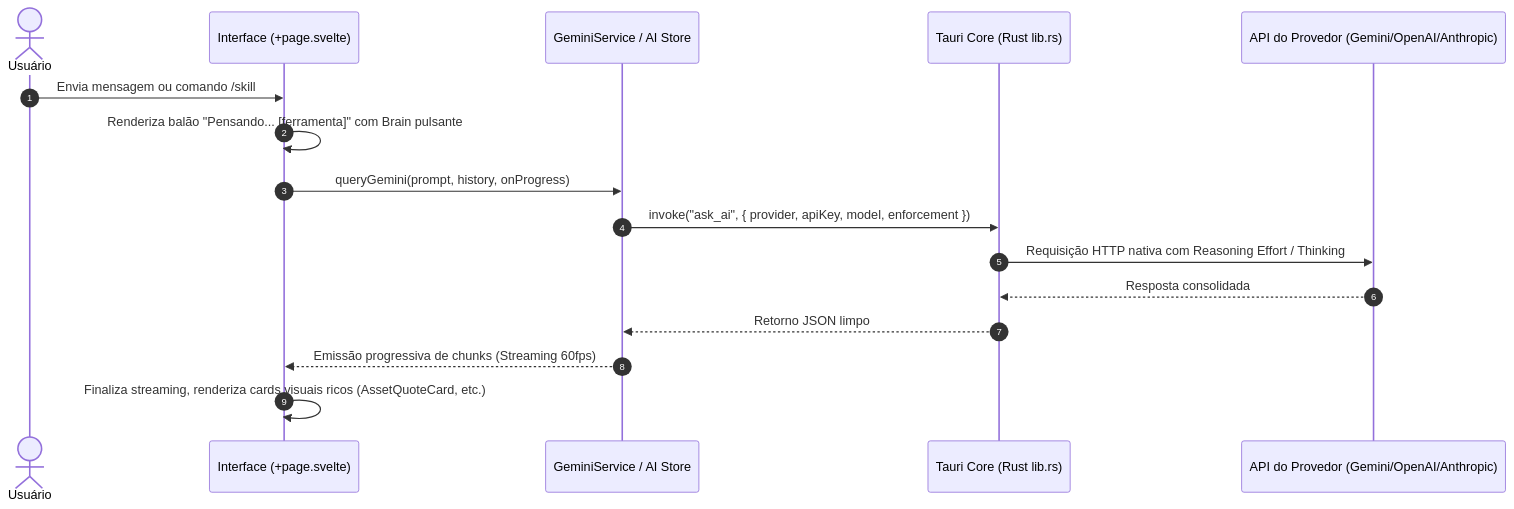
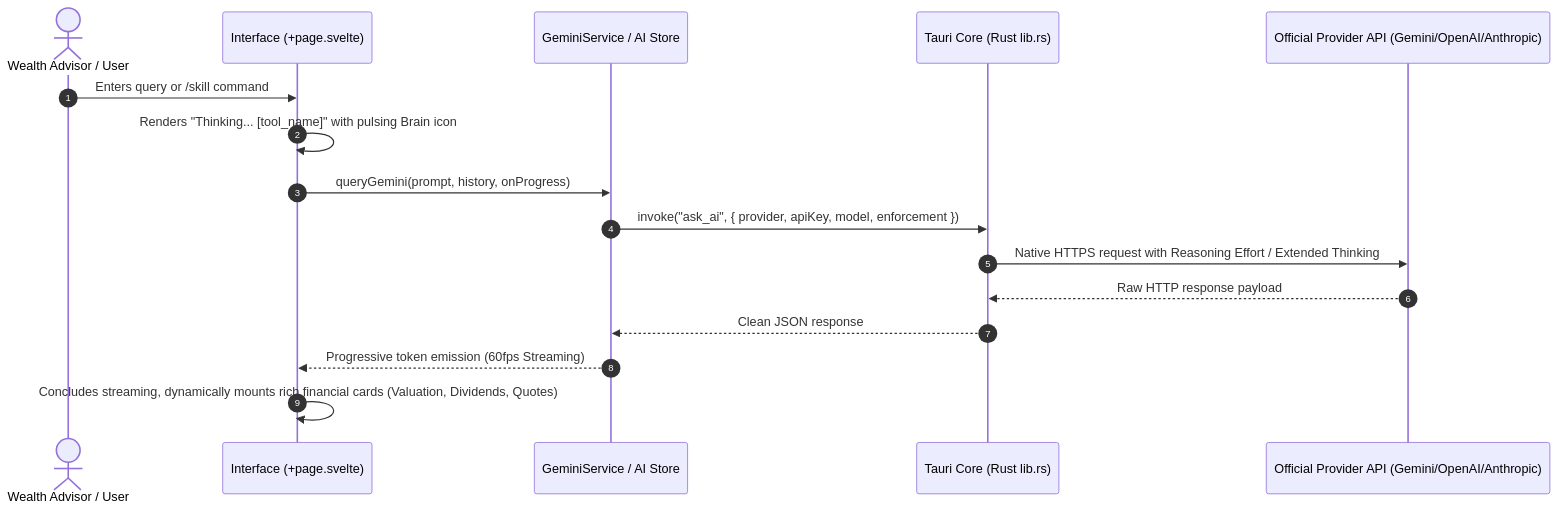
The diagram in ARCHITECTURE.md (vieirinhasantana/staggi), drawn with Mermaid before and after one commit. The commit also changed other lines of this file and 7 other files, not shown here.

````diff
--- a/ARCHITECTURE.md
+++ b/ARCHITECTURE.md
@@ -80,19 +82,19 @@
 ```mermaid
 sequenceDiagram
     autonumber
-    actor User as Usuário
+    actor User as Wealth Advisor / User
     participant UI as Interface (+page.svelte)
     participant Svc as GeminiService / AI Store
     participant Rust as Tauri Core (Rust lib.rs)
-    participant Ext as API do Provedor (Gemini/OpenAI/Anthropic)
+    participant Ext as Official Provider API (Gemini/OpenAI/Anthropic)
 
-    User->>UI: Envia mensagem ou comando /skill
-    UI->>UI: Renderiza balão "Pensando... [ferramenta]" com Brain pulsante
+    User->>UI: Enters query or /skill command
+    UI->>UI: Renders "Thinking... [tool_name]" with pulsing Brain icon
     UI->>Svc: queryGemini(prompt, history, onProgress)
     Svc->>Rust: invoke("ask_ai", { provider, apiKey, model, enforcement })
-    Rust->>Ext: Requisição HTTP nativa com Reasoning Effort / Thinking
-    Ext-->>Rust: Resposta consolidada
-    Rust-->>Svc: Retorno JSON limpo
-    Svc-->>UI: Emissão progressiva de chunks (Streaming 60fps)
-    UI->>UI: Finaliza streaming, renderiza cards visuais ricos (AssetQuoteCard, etc.)
+    Rust->>Ext: Native HTTPS request with Reasoning Effort / Extended Thinking
+    Ext-->>Rust: Raw HTTP response payload
+    Rust-->>Svc: Clean JSON response
+    Svc-->>UI: Progressive token emission (60fps Streaming)
+    UI->>UI: Concludes streaming, dynamically mounts rich financial cards (Valuation, Dividends, Quotes)
 ```
````
